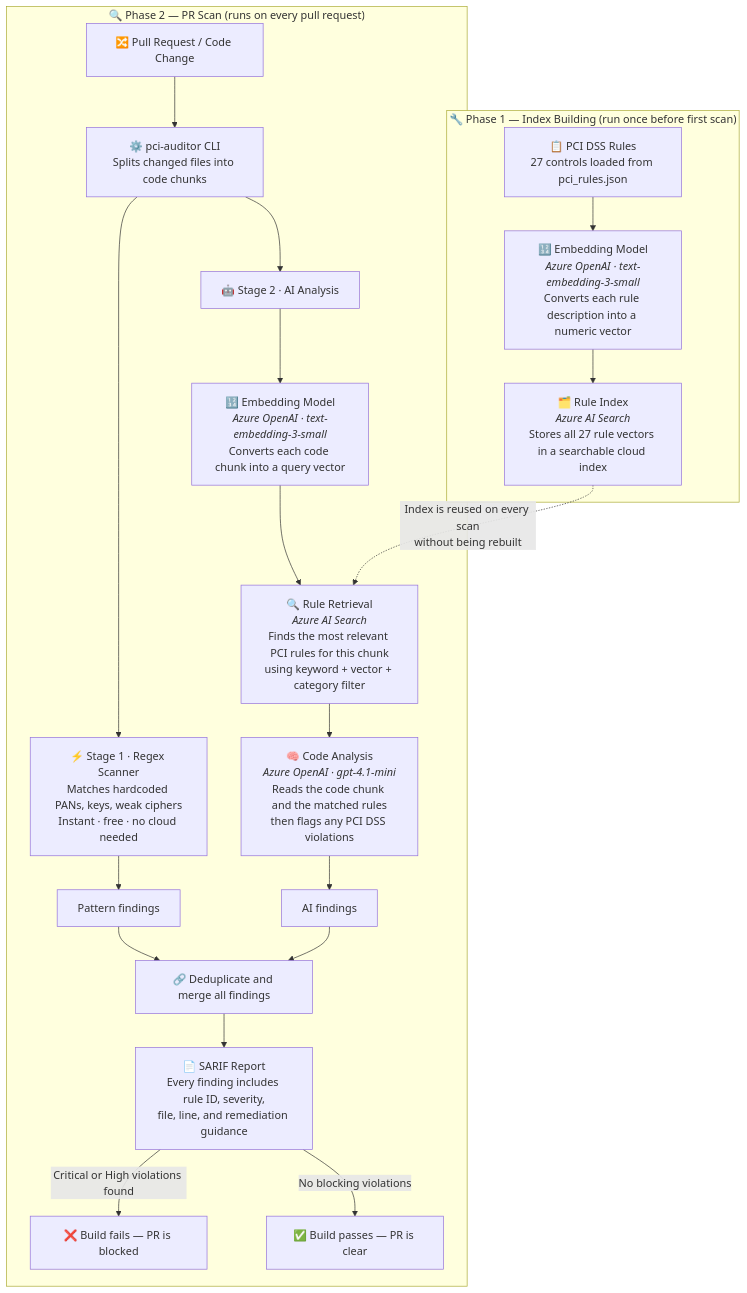
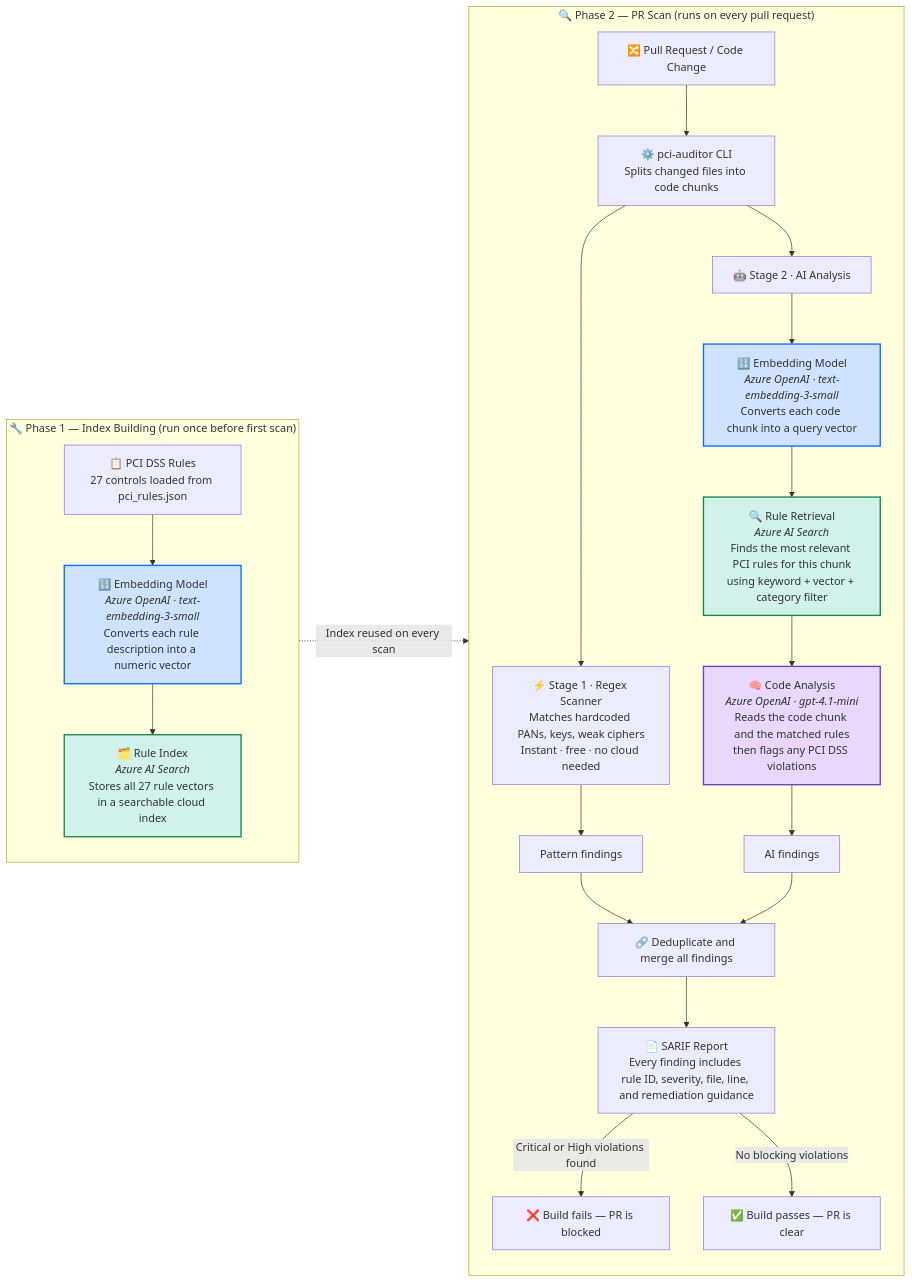
One commit to nilavanrajamani/pci-auditor changed the diagram in README.md. Above: the diagram before and after it, drawn with Mermaid.

Commit message:
docs: move Phase 1 left (LR layout), highlight model boxes with colour

````diff
--- a/README.md
+++ b/README.md
@@ -61,44 +61,52 @@
 ```mermaid
-flowchart TD
+flowchart LR
     subgraph SETUP ["🔧  Phase 1 — Index Building   (run once before first scan)"]
+        direction TB
         RULES["📋 PCI DSS Rules<br/>27 controls loaded from pci_rules.json"]
         EMBD1["🔢 Embedding Model<br/><i>Azure OpenAI · text-embedding-3-small</i><br/>Converts each rule description into a numeric vector"]
         INDEX["🗂️ Rule Index<br/><i>Azure AI Search</i><br/>Stores all 27 rule vectors in a searchable cloud index"]
         RULES --> EMBD1 --> INDEX
     end
 
     subgraph SCAN ["🔍  Phase 2 — PR Scan   (runs on every pull request)"]
+        direction TB
         PR["🔀 Pull Request / Code Change"]
         CLI["⚙️ pci-auditor CLI<br/>Splits changed files into code chunks"]
         PR --> CLI
 
         REGEX["⚡ Stage 1 · Regex Scanner<br/>Matches hardcoded PANs, keys, weak ciphers<br/>Instant · free · no cloud needed"]
         AISTAGE["🤖 Stage 2 · AI Analysis"]
         CLI --> REGEX
         CLI --> AISTAGE
 
         EMBD2["🔢 Embedding Model<br/><i>Azure OpenAI · text-embedding-3-small</i><br/>Converts each code chunk into a query vector"]
         SEARCHQ["🔍 Rule Retrieval<br/><i>Azure AI Search</i><br/>Finds the most relevant PCI rules for this chunk<br/>using keyword + vector + category filter"]
         GPT["🧠 Code Analysis<br/><i>Azure OpenAI · gpt-4.1-mini</i><br/>Reads the code chunk and the matched rules<br/>then flags any PCI DSS violations"]
         AISTAGE --> EMBD2 --> SEARCHQ --> GPT
 
         PF["Pattern findings"]
         AF["AI findings"]
         REGEX --> PF
         GPT --> AF
 
         MERGE["🔗 Deduplicate and merge all findings"]
         PF --> MERGE
         AF --> MERGE
 
-        SARIF["📄 SARIF Report<br/>Every finding includes rule ID, severity,<br/>file, line, and remediation guidance"]
+        SARIF["📄 SARIF Report<br/>Every finding includes rule ID, severity, file, line, and remediation guidance"]
         MERGE --> SARIF
 
         FAIL["❌ Build fails — PR is blocked"]
         PASS["✅ Build passes — PR is clear"]
         SARIF -->|"Critical or High violations found"| FAIL
         SARIF -->|"No blocking violations"| PASS
     end
 
-    INDEX -. "Index is reused on every scan<br/>without being rebuilt" .-> SEARCHQ
+    INDEX -. "Index reused on every scan" .-> SEARCHQ
+
+    style EMBD1 fill:#cfe2ff,stroke:#0d6efd,stroke-width:2px
+    style EMBD2 fill:#cfe2ff,stroke:#0d6efd,stroke-width:2px
+    style GPT  fill:#e9d7fe,stroke:#6f42c1,stroke-width:2px
+    style INDEX   fill:#d1f2eb,stroke:#198754,stroke-width:2px
+    style SEARCHQ fill:#d1f2eb,stroke:#198754,stroke-width:2px
 ```
````
